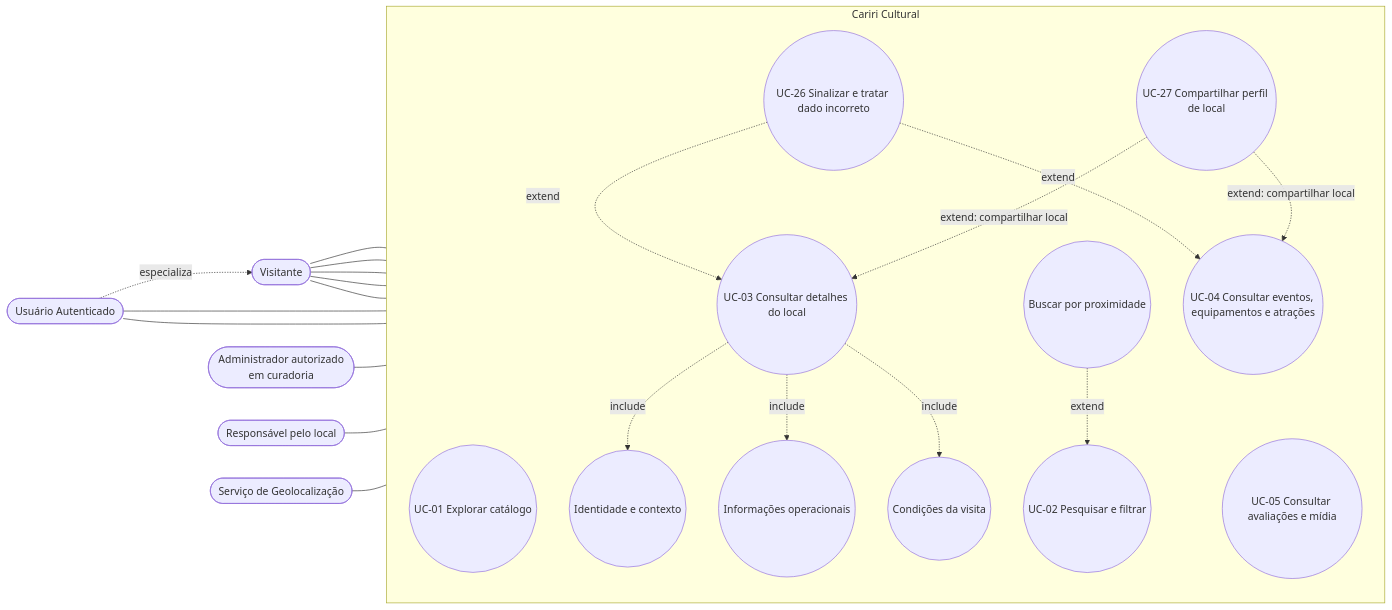
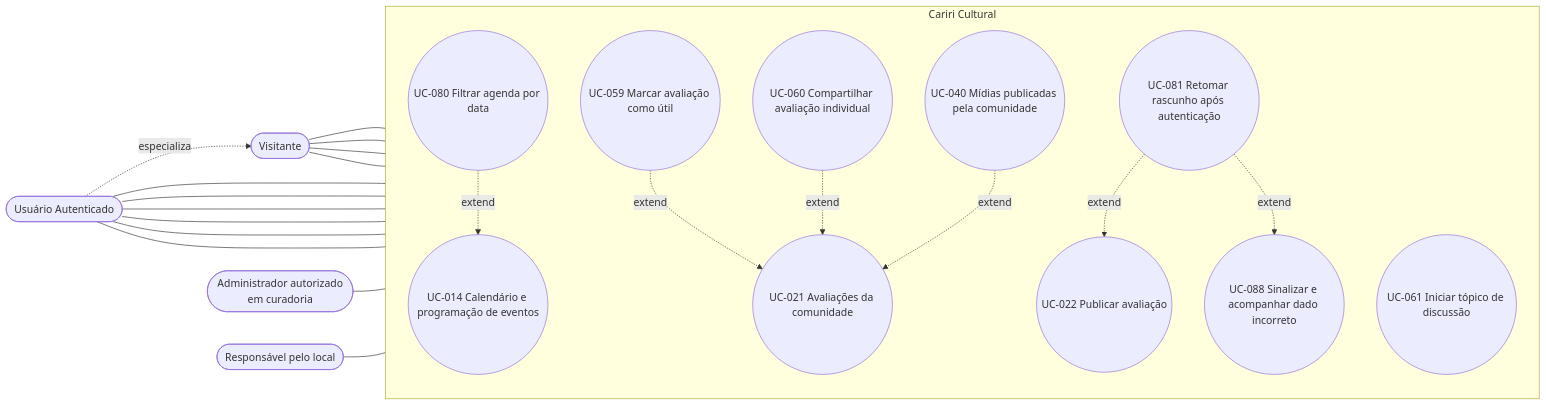
The sixth of 13 diagrams in home/user-cases/use-cases-diagram.md (alan-mendes-ufca/CaririCultural), drawn with Mermaid before and after one commit. The commit also changed other lines of this file and 5 other files, not shown here.

````diff
--- a/home/user-cases/use-cases-diagram.md
+++ b/home/user-cases/use-cases-diagram.md
@@ -66,50 +204,38 @@
 ```mermaid
 flowchart LR
     %% Atores
     V([Visitante])
     U([Usuário Autenticado])
     ADM([Administrador autorizado<br/>em curadoria])
     RESP([Responsável pelo local])
-    GEO([Serviço de Geolocalização])
 
     %% Fronteira
     subgraph CC [Cariri Cultural]
         direction TB
-        UC01((UC-01 Explorar catálogo))
-        UC02((UC-02 Pesquisar e filtrar))
-        UC03((UC-03 Consultar detalhes do local))
-        UC04((UC-04 Consultar eventos, equipamentos e atrações))
-        UC05((UC-05 Consultar avaliações e mídia))
-        UC26((UC-26 Sinalizar e tratar dado incorreto))
-        UC27((UC-27 Compartilhar perfil de local))
-
-        %% Includes do UC-03
-        UC03A((Identidade e contexto))
-        UC03B((Informações operacionais))
-        UC03C((Condições da visita))
-
-        %% Extends
-        PROX((Buscar por proximidade))
+        UC014((UC-014 Calendário e programação de eventos))
+        UC021((UC-021 Avaliações da comunidade))
+        UC022((UC-022 Publicar avaliação))
+        UC040((UC-040 Mídias publicadas pela comunidade))
+        UC059((UC-059 Marcar avaliação como útil))
+        UC060((UC-060 Compartilhar avaliação individual))
+        UC061((UC-061 Iniciar tópico de discussão))
+        UC080((UC-080 Filtrar agenda por data))
+        UC081((UC-081 Retomar rascunho após autenticação))
+        UC088((UC-088 Sinalizar e acompanhar dado incorreto))
     end
 
     %% Relações Ator -> Caso de Uso
-    V --- UC01 & UC02 & UC03 & UC04 & UC05
-    U --- UC26 & UC27
-    ADM --- UC26
-    RESP --- UC26
+    V --- UC014 & UC021 & UC040 & UC080
+    U --- UC022 & UC059 & UC060 & UC061 & UC081 & UC088
+    ADM --- UC088
+    RESP --- UC088
     U -.->|especializa| V
 
-    %% Relações Include / Extend
-    UC03 -.->|include| UC03A
-    UC03 -.->|include| UC03B
-    UC03 -.->|include| UC03C
-
-    PROX -.->|extend| UC02
-    GEO --- PROX
-
-    UC26 -.->|extend| UC03
-    UC26 -.->|extend| UC04
-
-    UC27 -.->|extend: compartilhar local| UC03
-    UC27 -.->|extend: compartilhar local| UC04
+    %% Relações Extend
+    UC059 -.->|extend| UC021
+    UC060 -.->|extend| UC021
+    UC040 -.->|extend| UC021
+    UC080 -.->|extend| UC014
+    UC081 -.->|extend| UC022
+    UC081 -.->|extend| UC088
 ```
````
